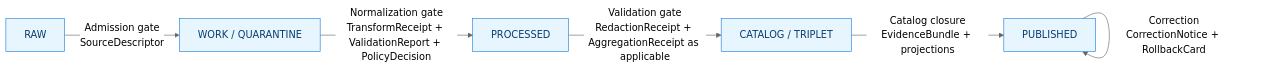
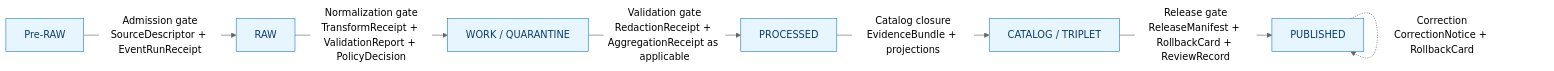
Before and after one commit to bartytime4life/Kansas-Frontier-Matrix: the fourth of 4 diagrams in docs/domains/archaeology/PRESERVATION_MATRIX.md, drawn with Mermaid (neutral theme). The commit also changed other lines of this file, not shown here.

````diff
--- a/docs/domains/archaeology/PRESERVATION_MATRIX.md
+++ b/docs/domains/archaeology/PRESERVATION_MATRIX.md
@@ -243,11 +281,12 @@
 ```mermaid
 flowchart LR
-    A[RAW] -->|Admission gate<br/>SourceDescriptor| B[WORK / QUARANTINE]
-    B -->|Normalization gate<br/>TransformReceipt + ValidationReport + PolicyDecision| C[PROCESSED]
-    C -->|Validation gate<br/>RedactionReceipt + AggregationReceipt as applicable| D[CATALOG / TRIPLET]
-    D -->|Catalog closure<br/>EvidenceBundle + projections| E[PUBLISHED]
-    E -->|Correction<br/>CorrectionNotice + RollbackCard| E
+    PR[Pre-RAW] -->|Admission gate<br/>SourceDescriptor + EventRunReceipt| A[RAW]
+    A  -->|Normalization gate<br/>TransformReceipt + ValidationReport + PolicyDecision| B[WORK / QUARANTINE]
+    B  -->|Validation gate<br/>RedactionReceipt + AggregationReceipt as applicable| C[PROCESSED]
+    C  -->|Catalog closure<br/>EvidenceBundle + projections| D[CATALOG / TRIPLET]
+    D  -->|Release gate<br/>ReleaseManifest + RollbackCard + ReviewRecord| E[PUBLISHED]
+    E  -.->|Correction<br/>CorrectionNotice + RollbackCard| E
 
     classDef gateNode fill:#e7f5ff,stroke:#1c7ed6,color:#0b3d6e;
-    class A,B,C,D,E gateNode;
+    class PR,A,B,C,D,E gateNode;
 ```
````
